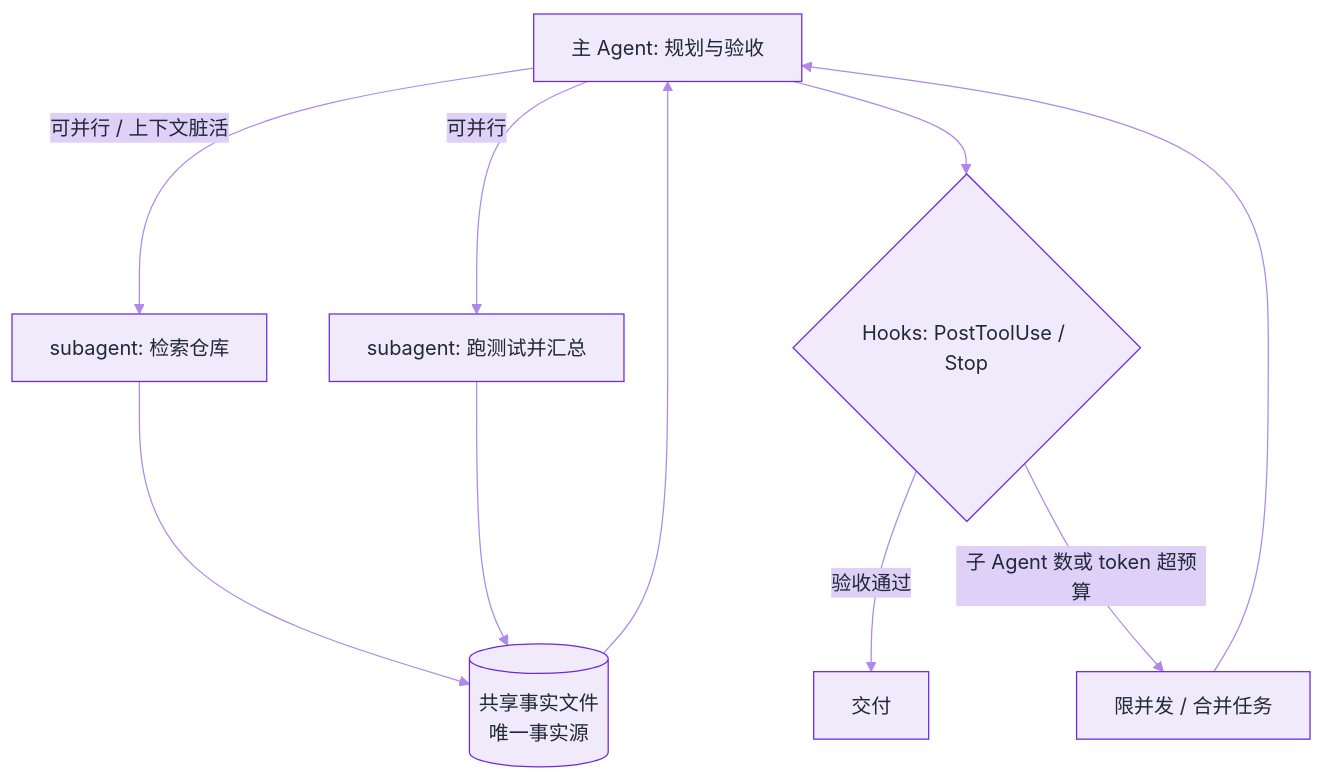
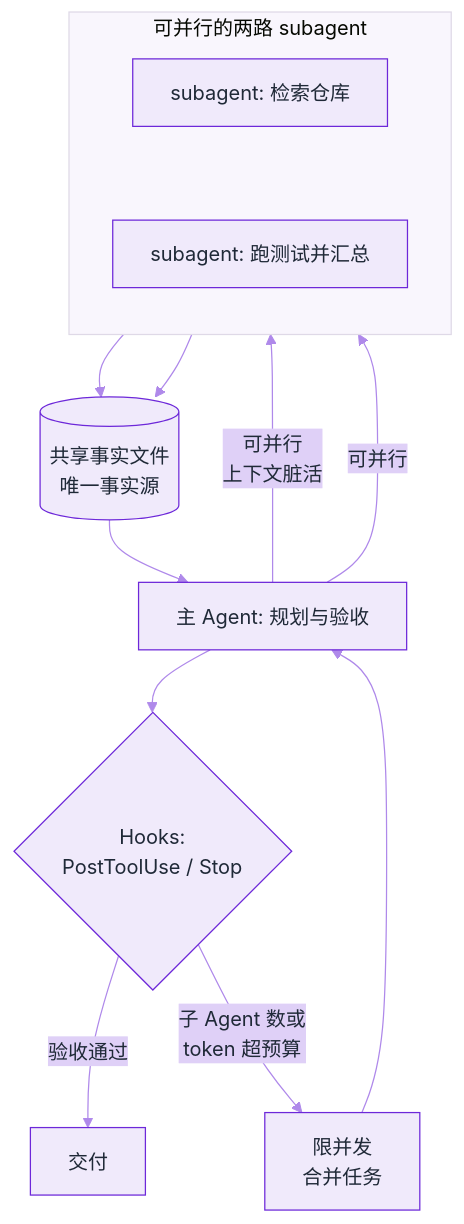
Before and after one commit to funny8kids/ai-agent-handbook: the second of 3 diagrams in docs/18-frontier-2026/claude-agent-sdk.md, drawn with Mermaid. The commit also changed other lines of this file and 4 other files, not shown here.

````diff
--- a/docs/18-frontier-2026/claude-agent-sdk.md
+++ b/docs/18-frontier-2026/claude-agent-sdk.md
@@ -88,13 +88,17 @@
 ```mermaid
 %%{init: {"theme":"base","themeVariables":{"primaryColor":"#F0EAFB","primaryBorderColor":"#6D28D9","primaryTextColor":"#1F2937","secondaryColor":"#DFD0F7","tertiaryColor":"#F9F6FD","lineColor":"#AF89EA","actorBkg":"#F3EEFC","actorBorder":"#6D28D9","actorTextColor":"#1F2937","signalColor":"#9969E4","noteBkgColor":"#E5D8F8","noteBorderColor":"#6D28D9","noteTextColor":"#1F2937","labelBoxBkgColor":"#F0EAFB","labelBoxBorderColor":"#6D28D9"}}}%%
 flowchart TB
-  M[主 Agent: 规划与验收] -- 可并行 / 上下文脏活 --> S1[subagent: 检索仓库]
-  M -- 可并行 --> S2[subagent: 跑测试并汇总]
+  subgraph PAR["可并行的两路 subagent"]
+    direction TB
+    S1[subagent: 检索仓库] ~~~ S2[subagent: 跑测试并汇总]
+  end
+  M[主 Agent: 规划与验收] -- 可并行<br/>上下文脏活 --> S1
+  M -- 可并行 --> S2
   S1 --> F[(共享事实文件<br/>唯一事实源)]
   S2 --> F
   F --> M
-  M --> H{Hooks: PostToolUse / Stop}
+  M --> H{Hooks:<br/>PostToolUse / Stop}
   H -- 验收通过 --> D[交付]
-  H -- 子 Agent 数或 token 超预算 --> C[限并发 / 合并任务]
+  H -- 子 Agent 数或<br/>token 超预算 --> C[限并发<br/>合并任务]
   C --> M
 ```
````
